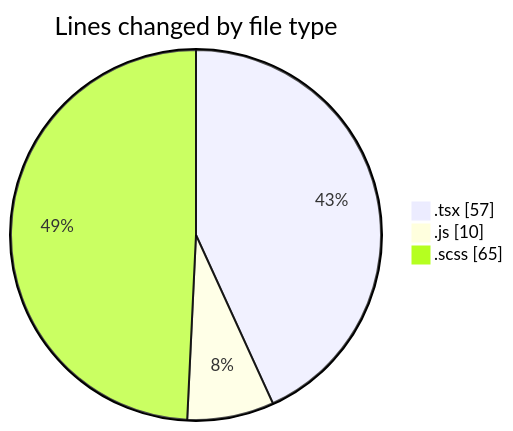
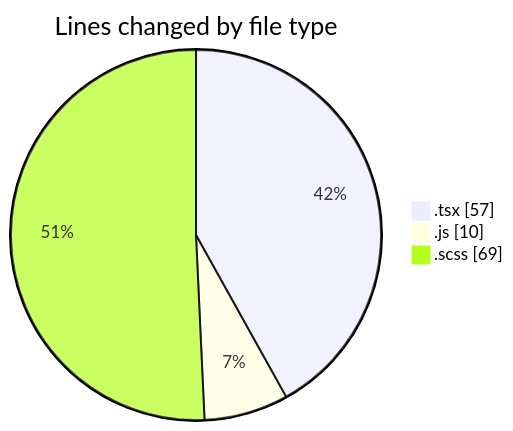
Before and after one commit to momahboobian/code-tracking: the first of 2 diagrams in 2026-08-25/cda/README.md, drawn with Mermaid. The commit also changed other lines of this file and 1 other file, not shown here.

````diff
--- a/2026-08-25/cda/README.md
+++ b/2026-08-25/cda/README.md
@@ -24,7 +24,7 @@
 ```mermaid
 pie showData
 title Lines changed by file type
 ".tsx" : 57
 ".js" : 10
-".scss" : 65
+".scss" : 69
 ```
````
